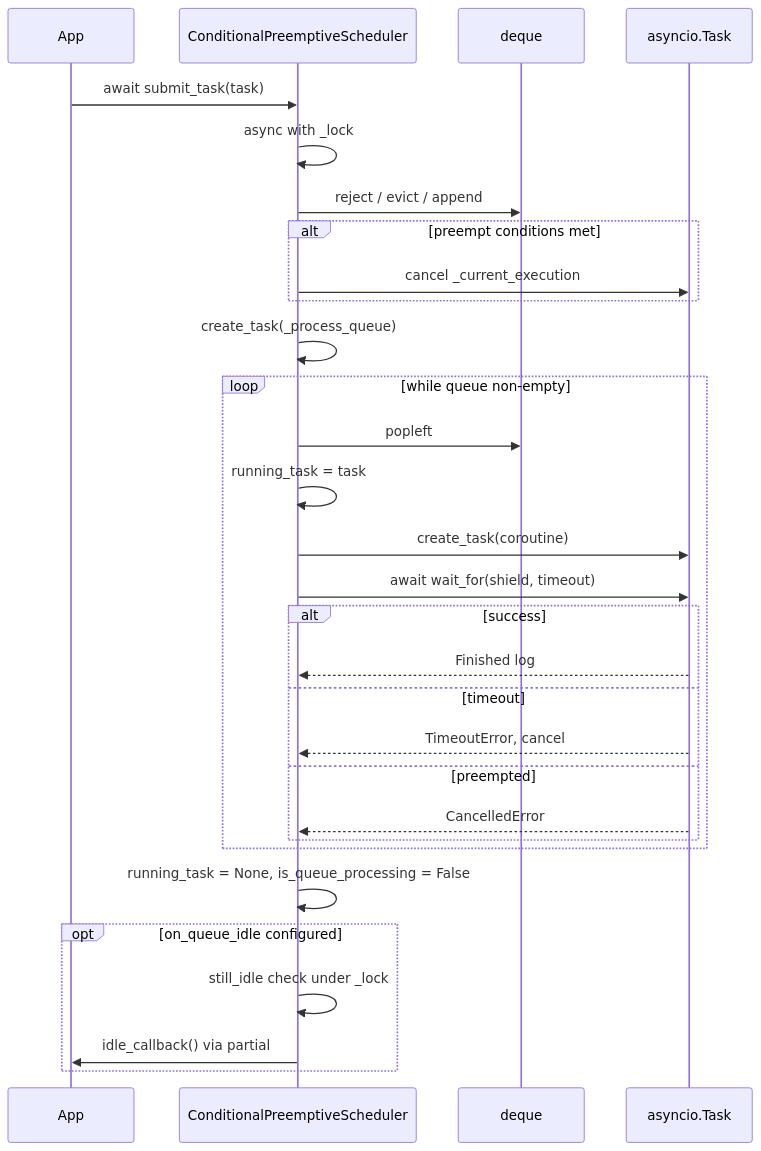
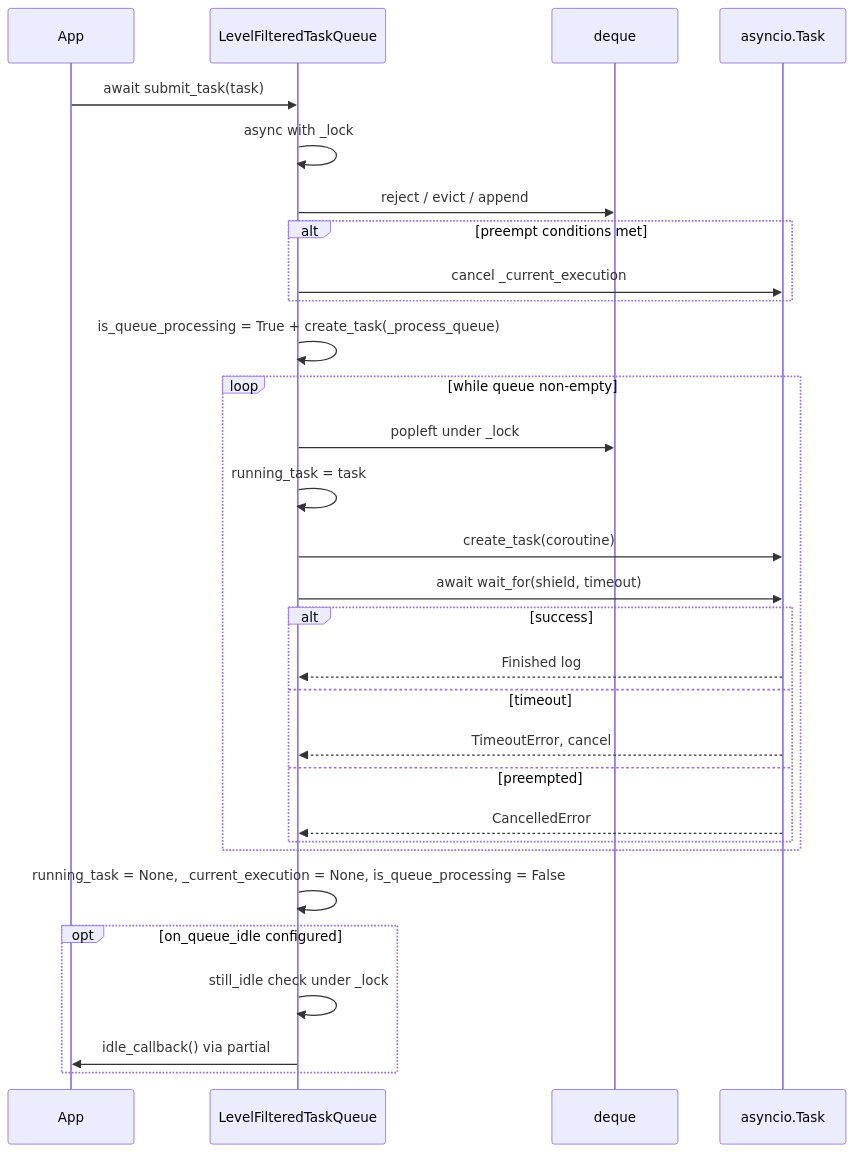
Before and after one commit to scoville/test_filter_queue: the second of 9 diagrams in .cursor/plans/system_architecture_workflow_b2d79ca7.plan.md, drawn with Mermaid. The commit also changed other lines of this file and 3 other files, not shown here.

````diff
--- a/.cursor/plans/system_architecture_workflow_b2d79ca7.plan.md
+++ b/.cursor/plans/system_architecture_workflow_b2d79ca7.plan.md
@@ -89,35 +93,35 @@
 ```mermaid
 sequenceDiagram
     participant App
-    participant Scheduler as ConditionalPreemptiveScheduler
-    participant Queue as deque
+    participant Queue as LevelFilteredTaskQueue
+    participant Deque as deque
     participant Exec as asyncio.Task
 
-    App->>Scheduler: await submit_task(task)
-    Scheduler->>Scheduler: async with _lock
-    Scheduler->>Queue: reject / evict / append
+    App->>Queue: await submit_task(task)
+    Queue->>Queue: async with _lock
+    Queue->>Deque: reject / evict / append
     alt preempt conditions met
-        Scheduler->>Exec: cancel _current_execution
+        Queue->>Exec: cancel _current_execution
     end
-    Scheduler->>Scheduler: create_task(_process_queue)
+    Queue->>Queue: is_queue_processing = True + create_task(_process_queue)
 
     loop while queue non-empty
-        Scheduler->>Queue: popleft
-        Scheduler->>Scheduler: running_task = task
-        Scheduler->>Exec: create_task(coroutine)
-        Scheduler->>Exec: await wait_for(shield, timeout)
+        Queue->>Deque: popleft under _lock
+        Queue->>Queue: running_task = task
+        Queue->>Exec: create_task(coroutine)
+        Queue->>Exec: await wait_for(shield, timeout)
         alt success
-            Exec-->>Scheduler: Finished log
+            Exec-->>Queue: Finished log
         else timeout
-            Exec-->>Scheduler: TimeoutError, cancel
+            Exec-->>Queue: TimeoutError, cancel
         else preempted
-            Exec-->>Scheduler: CancelledError
+            Exec-->>Queue: CancelledError
         end
     end
 
-    Scheduler->>Scheduler: running_task = None, is_queue_processing = False
+    Queue->>Queue: running_task = None, _current_execution = None, is_queue_processing = False
     opt on_queue_idle configured
-        Scheduler->>Scheduler: still_idle check under _lock
-        Scheduler->>App: idle_callback() via partial
+        Queue->>Queue: still_idle check under _lock
+        Queue->>App: idle_callback() via partial
     end
 ```
````
